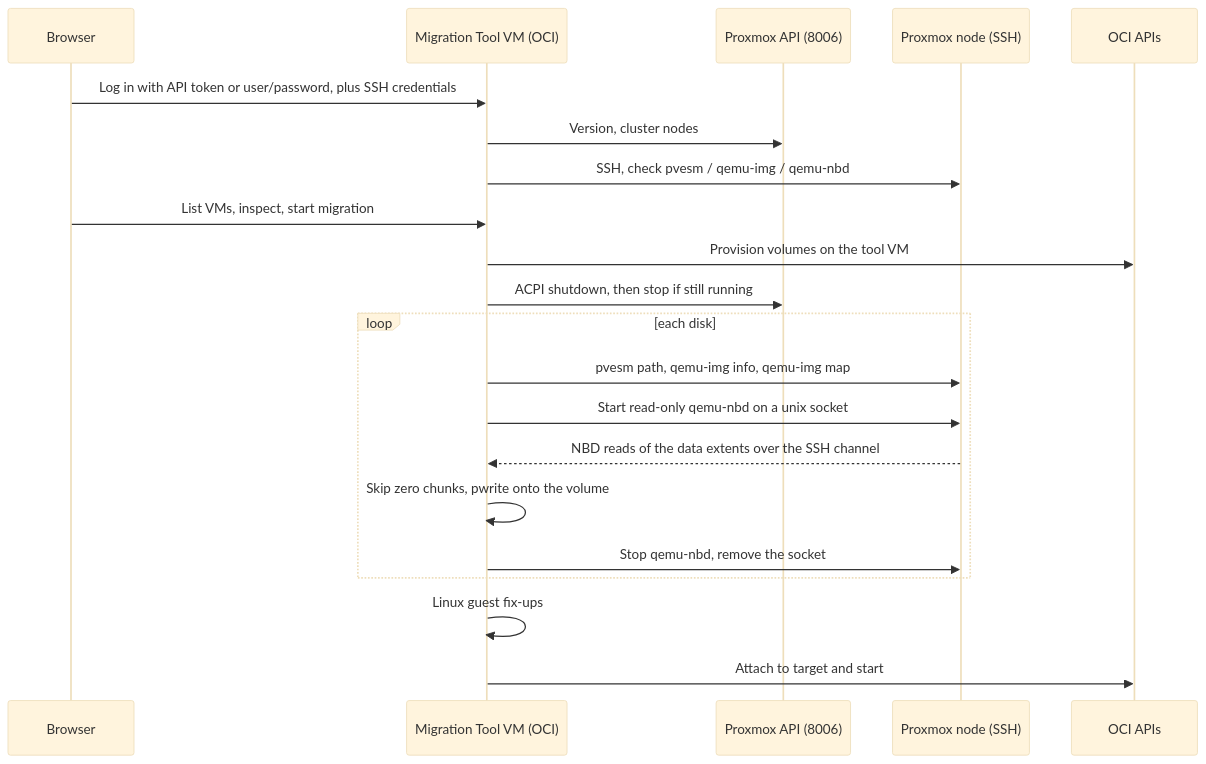
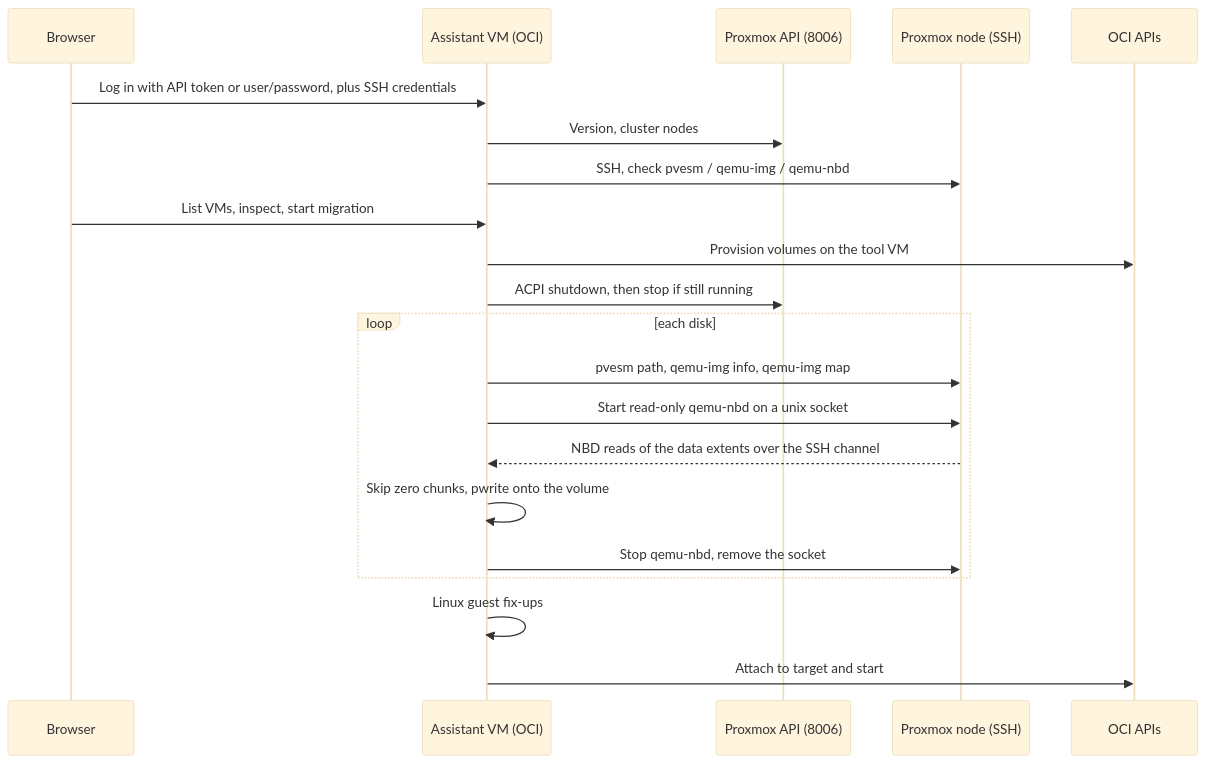
Before and after one commit to RichardORCL/OCI-Offline-Migration-Assistant: the fifth of 8 diagrams in docs/how-it-works.md, drawn with Mermaid (base theme). The commit also changed other lines of this file and 44 other files, not shown here.

Commit message:
Rebrand to OCI Offline Migration Assistant and rename stack/repo artifacts

````diff
--- a/docs/how-it-works.md
+++ b/docs/how-it-works.md
@@ -312,23 +312,23 @@
 ```mermaid
 sequenceDiagram
     participant B as Browser
-    participant H as Migration Tool VM (OCI)
+    participant H as Assistant VM (OCI)
     participant P as Proxmox API (8006)
     participant N as Proxmox node (SSH)
     participant OCI as OCI APIs
     B->>H: Log in with API token or user/password, plus SSH credentials
     H->>P: Version, cluster nodes
     H->>N: SSH, check pvesm / qemu-img / qemu-nbd
     B->>H: List VMs, inspect, start migration
     H->>OCI: Provision volumes on the tool VM
     H->>P: ACPI shutdown, then stop if still running
     loop each disk
         H->>N: pvesm path, qemu-img info, qemu-img map
         H->>N: Start read-only qemu-nbd on a unix socket
         N-->>H: NBD reads of the data extents over the SSH channel
         H->>H: Skip zero chunks, pwrite onto the volume
         H->>N: Stop qemu-nbd, remove the socket
     end
     H->>H: Linux guest fix-ups
     H->>OCI: Attach to target and start
 ```
````
